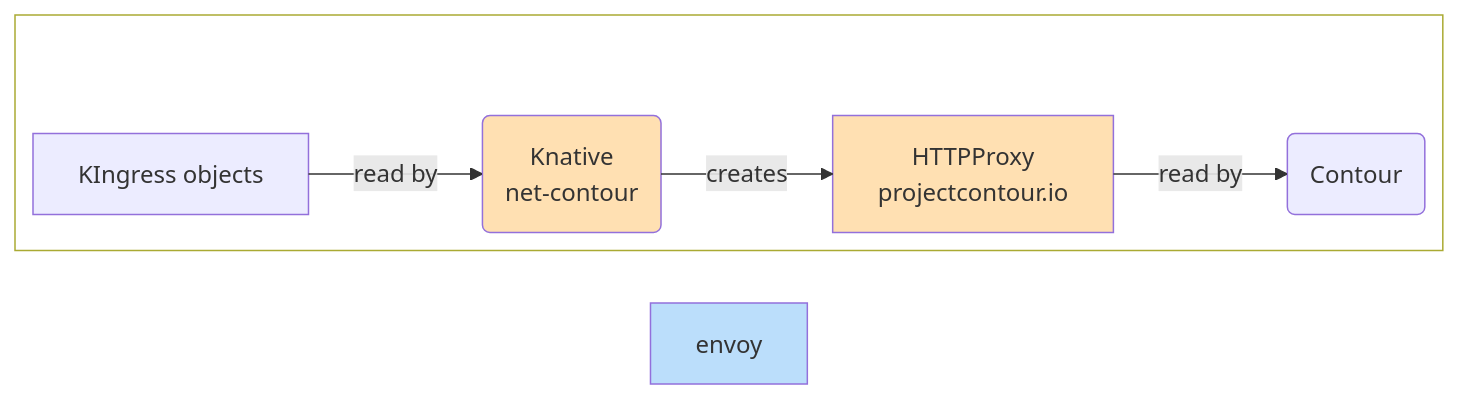
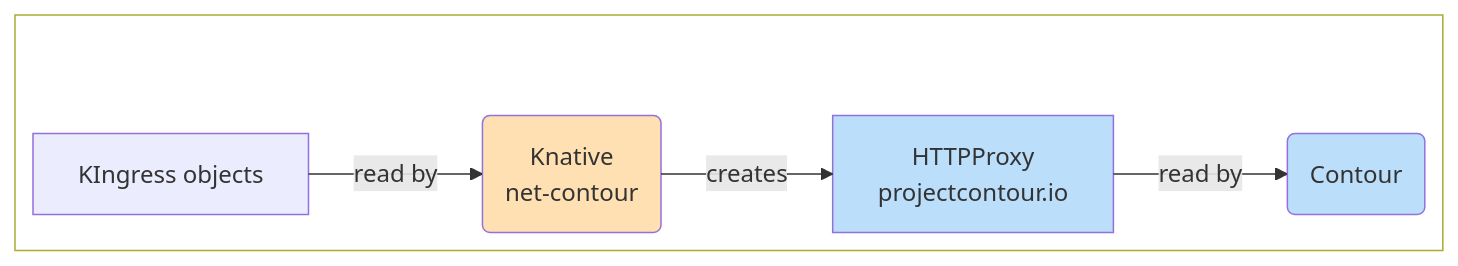
One commit to knative/docs changed the fourth of 7 diagrams in docs/versioned/serving/config-network-adapters.md. Above: the diagram before and after it, drawn with Mermaid. The commit also changed other lines of this file and 2 other files, not shown here.

Commit message:
Chart work and misc fixes

````diff
--- a/docs/versioned/serving/config-network-adapters.md
+++ b/docs/versioned/serving/config-network-adapters.md
@@ -95,23 +95,23 @@
     ```mermaid
     ---
     config:
       layout: elk
       theme: default
     ---
     flowchart LR
-     subgraph bottom[" "]
-        direction LR
-        C1["KIngress objects"]
-        C2("Knative<br>net-contour")
-        C3["HTTPProxy<br>projectcontour.io"]
-        C4("Contour")
-      end
-        C1 -- "read by" --> C2
-        C2 -- "creates" --> C3
-        C3 -- "read by" --> C4
-    
-        style envoy fill:#BBDEFB
-        style C2 fill:#FFE0B2
-        style C3 fill:#FFE0B2
-        style bottom fill:transparent
+         subgraph bottom[" "]
+            direction LR
+            C1["KIngress objects"]
+            C2("Knative<br>net-contour")
+            C3["HTTPProxy<br>projectcontour.io"]
+            C4("Contour")
+          end
+            C1 -- "read by" --> C2
+            C2 -- "creates" --> C3
+            C3 -- "read by" --> C4
+        
+            style C2 fill:#FFE0B2
+            style C3 fill:#BBDEFB
+            style C4 fill:#BBDEFB
+            style bottom fill:transparent
     ```
````
